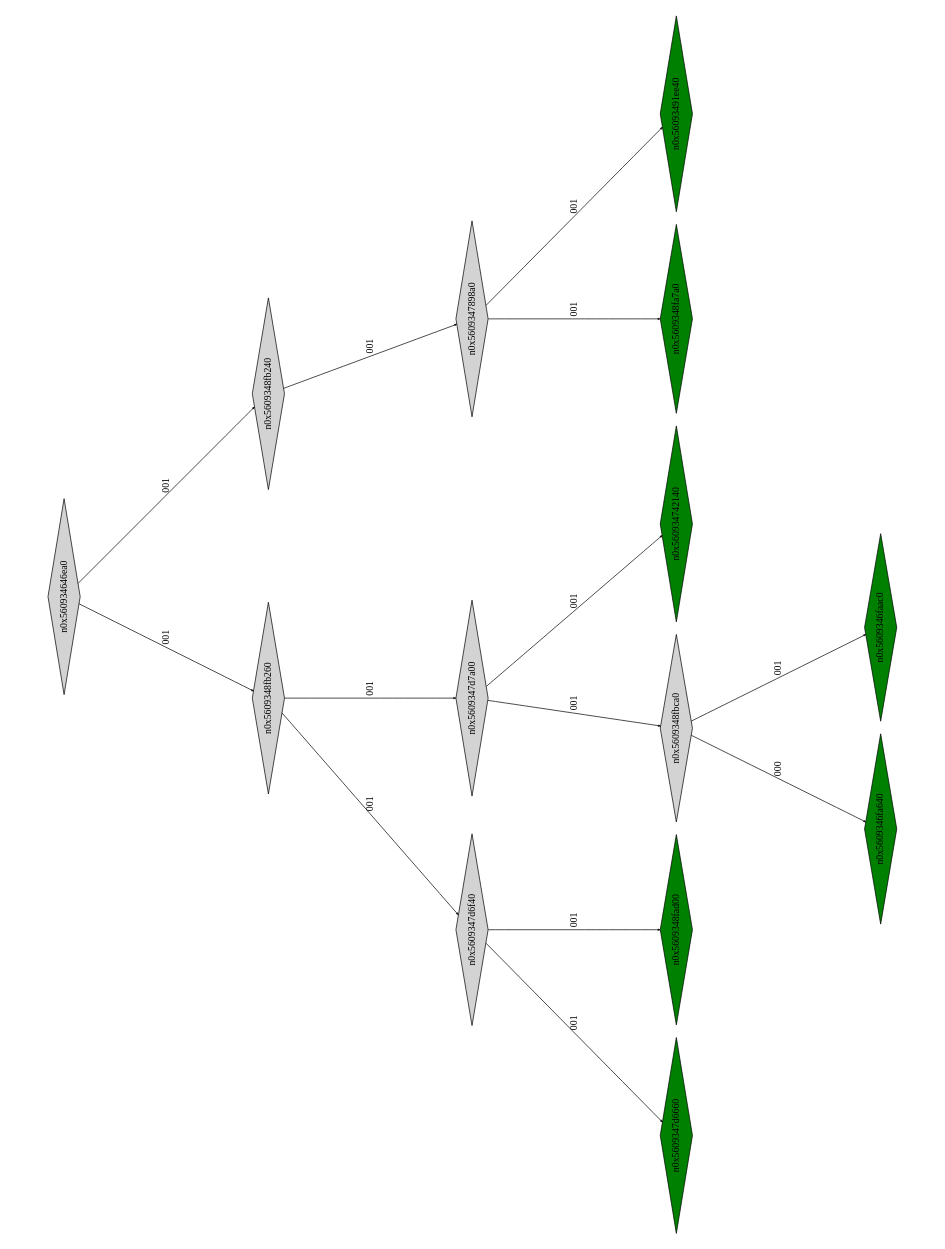
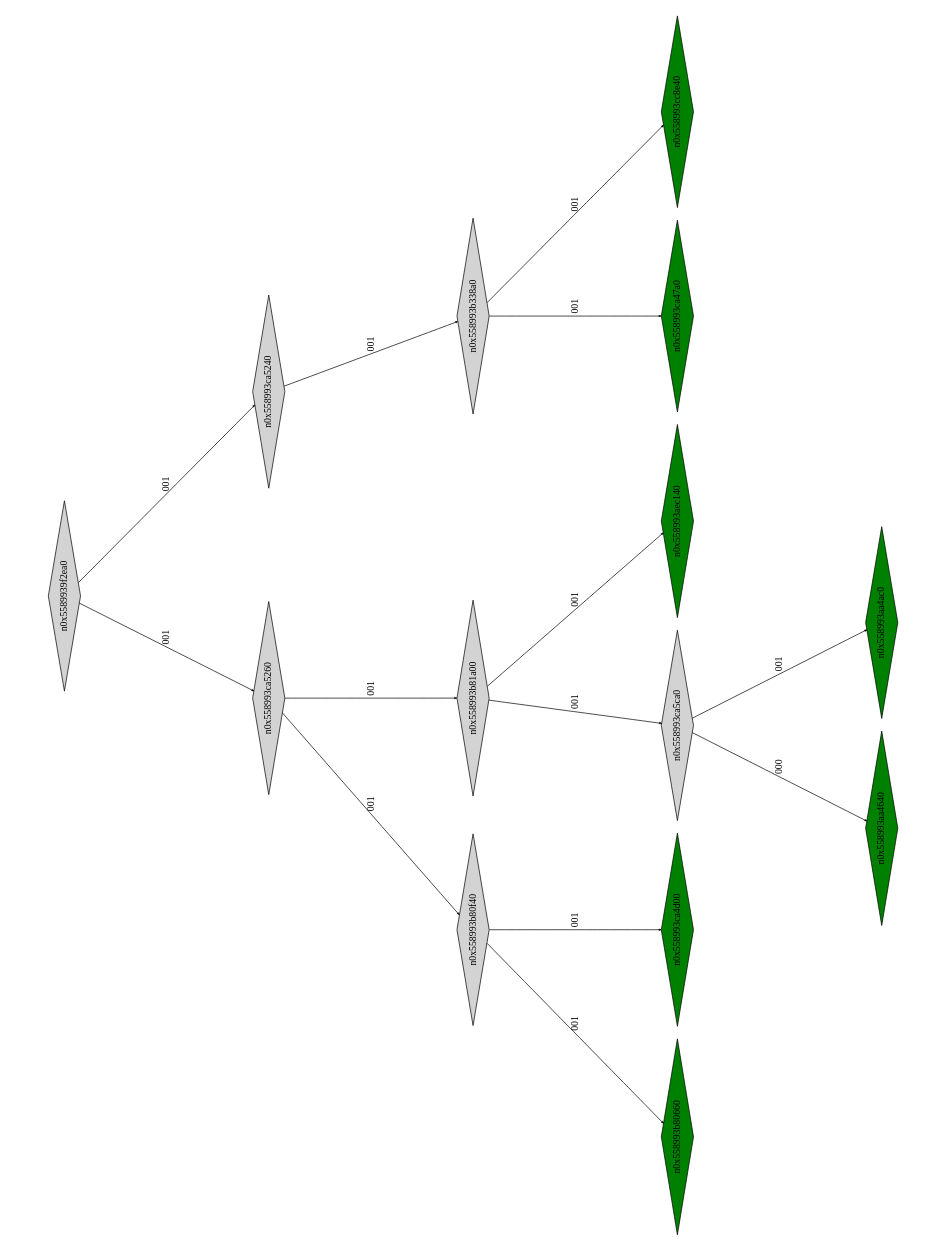
The diagram in montyhall_klee_out/ptree_00000865.dot (Research-Tools-PAVT/PSE-Program-Examples), drawn with Graphviz before and after one commit. The commit also changed 109 other files, not shown here.

```diff
--- a/montyhall_klee_out/ptree_00000865.dot
+++ b/montyhall_klee_out/ptree_00000865.dot
@@ -1,35 +1,35 @@
 digraph G {
 	size="10,7.5";
 	ratio=fill;
 	rotate=90;
 	center = "true";
 	node [style="filled",width=.1,height=.1,fontname="Terminus"]
 	edge [arrowsize=.3]
-	n0x560934646ea0 [shape=diamond];
-	n0x560934646ea0 -> n0x5609348fb260 [label=001];
-	n0x560934646ea0 -> n0x5609348fb240 [label=001];
-	n0x5609348fb240 [shape=diamond];
-	n0x5609348fb240 -> n0x5609347898a0 [label=001];
-	n0x5609347898a0 [shape=diamond];
-	n0x5609347898a0 -> n0x5609348fa7a0 [label=001];
-	n0x5609347898a0 -> n0x56093491ee40 [label=001];
-	n0x56093491ee40 [shape=diamond,fillcolor=green];
-	n0x5609348fa7a0 [shape=diamond,fillcolor=green];
-	n0x5609348fb260 [shape=diamond];
-	n0x5609348fb260 -> n0x5609347d6f40 [label=001];
-	n0x5609348fb260 -> n0x5609347d7a00 [label=001];
-	n0x5609347d7a00 [shape=diamond];
-	n0x5609347d7a00 -> n0x5609348fbca0 [label=001];
-	n0x5609347d7a00 -> n0x560934742140 [label=001];
-	n0x560934742140 [shape=diamond,fillcolor=green];
-	n0x5609348fbca0 [shape=diamond];
-	n0x5609348fbca0 -> n0x5609346fa640 [label=000];
-	n0x5609348fbca0 -> n0x5609346faac0 [label=001];
-	n0x5609346faac0 [shape=diamond,fillcolor=green];
-	n0x5609346fa640 [shape=diamond,fillcolor=green];
-	n0x5609347d6f40 [shape=diamond];
-	n0x5609347d6f40 -> n0x5609347d6660 [label=001];
-	n0x5609347d6f40 -> n0x5609348fad00 [label=001];
-	n0x5609348fad00 [shape=diamond,fillcolor=green];
-	n0x5609347d6660 [shape=diamond,fillcolor=green];
+	n0x5589939f2ea0 [shape=diamond];
+	n0x5589939f2ea0 -> n0x558993ca5260 [label=001];
+	n0x5589939f2ea0 -> n0x558993ca5240 [label=001];
+	n0x558993ca5240 [shape=diamond];
+	n0x558993ca5240 -> n0x558993b338a0 [label=001];
+	n0x558993b338a0 [shape=diamond];
+	n0x558993b338a0 -> n0x558993ca47a0 [label=001];
+	n0x558993b338a0 -> n0x558993cc8e40 [label=001];
+	n0x558993cc8e40 [shape=diamond,fillcolor=green];
+	n0x558993ca47a0 [shape=diamond,fillcolor=green];
+	n0x558993ca5260 [shape=diamond];
+	n0x558993ca5260 -> n0x558993b80f40 [label=001];
+	n0x558993ca5260 -> n0x558993b81a00 [label=001];
+	n0x558993b81a00 [shape=diamond];
+	n0x558993b81a00 -> n0x558993ca5ca0 [label=001];
+	n0x558993b81a00 -> n0x558993aec140 [label=001];
+	n0x558993aec140 [shape=diamond,fillcolor=green];
+	n0x558993ca5ca0 [shape=diamond];
+	n0x558993ca5ca0 -> n0x558993aa4640 [label=000];
+	n0x558993ca5ca0 -> n0x558993aa4ac0 [label=001];
+	n0x558993aa4ac0 [shape=diamond,fillcolor=green];
+	n0x558993aa4640 [shape=diamond,fillcolor=green];
+	n0x558993b80f40 [shape=diamond];
+	n0x558993b80f40 -> n0x558993b80660 [label=001];
+	n0x558993b80f40 -> n0x558993ca4d00 [label=001];
+	n0x558993ca4d00 [shape=diamond,fillcolor=green];
+	n0x558993b80660 [shape=diamond,fillcolor=green];
 }
```
